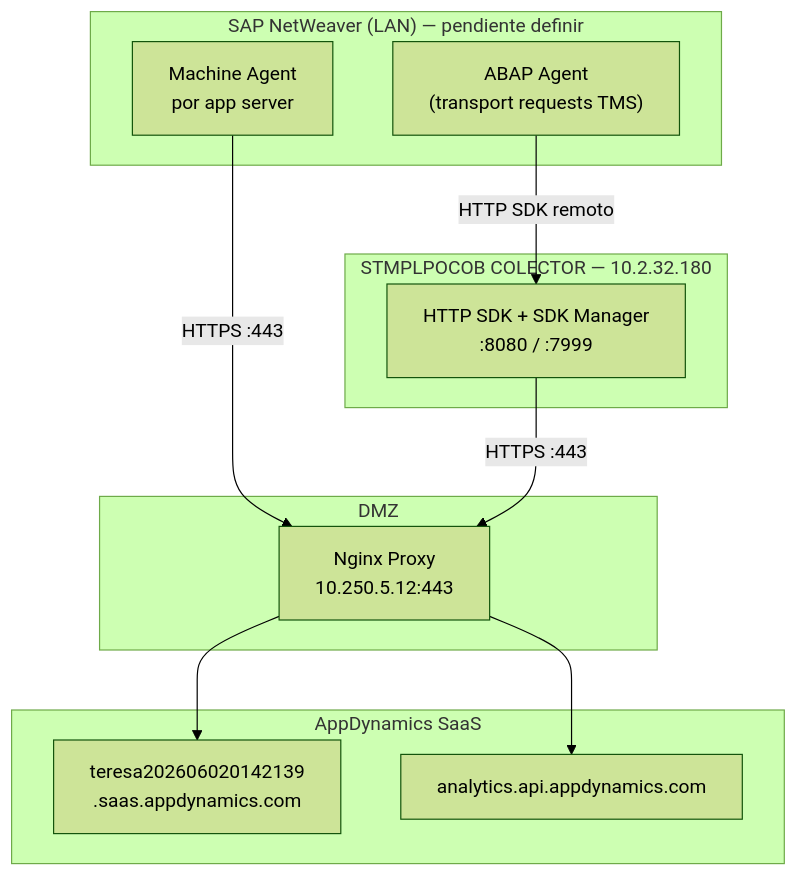
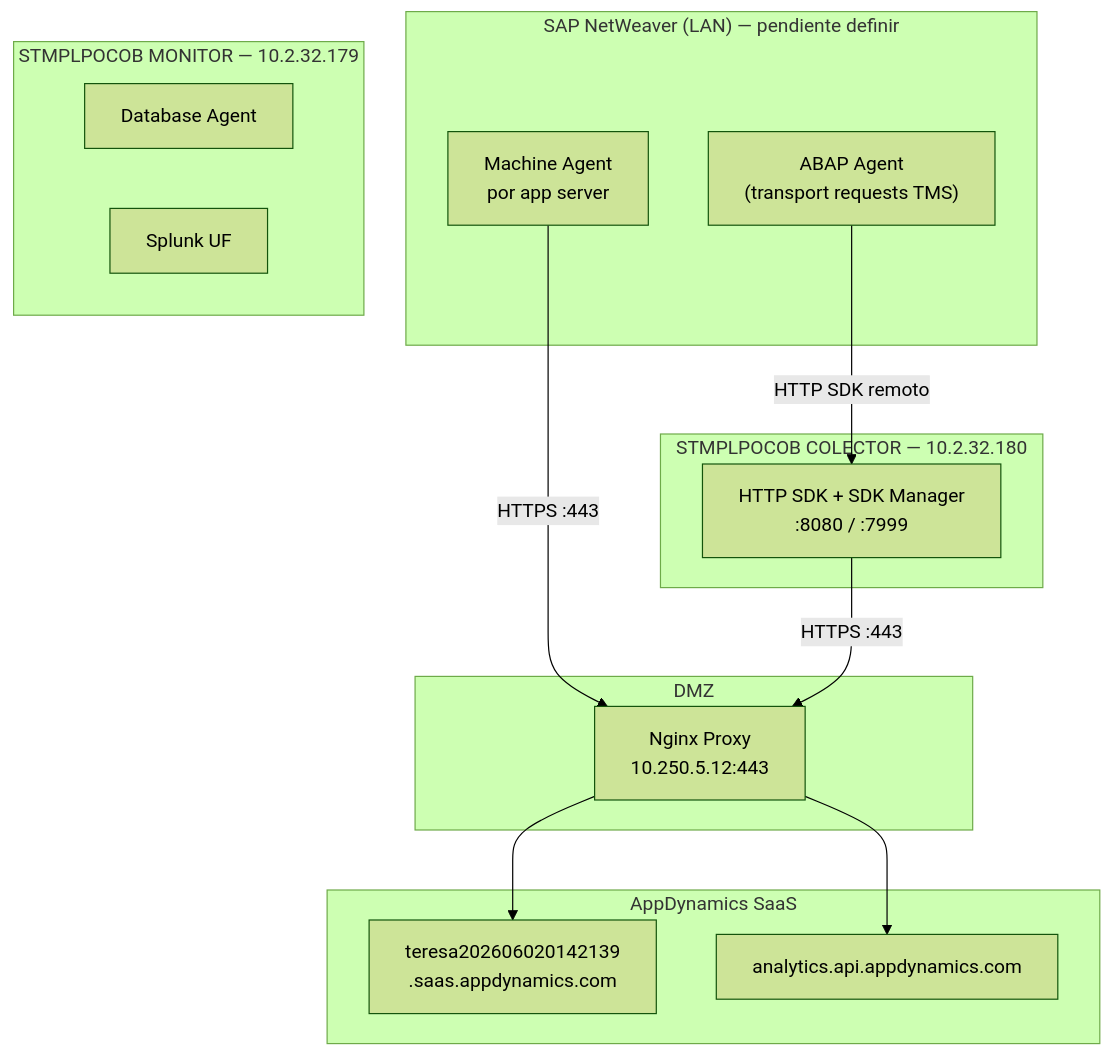
One commit to ulix1808/ICASA_Observability changed the diagram in docs/04-sap-monitoring/instalacion-completa.md. Above: the diagram before and after it, drawn with Mermaid (forest theme). The commit also changed other lines of this file and 10 other files, not shown here.

````diff
--- a/docs/04-sap-monitoring/instalacion-completa.md
+++ b/docs/04-sap-monitoring/instalacion-completa.md
@@ -7,26 +7,31 @@
 ```mermaid
 flowchart TB
     subgraph SAP["SAP NetWeaver (LAN) — pendiente definir"]
         ABAP["ABAP Agent<br/>(transport requests TMS)"]
         MASAP["Machine Agent<br/>por app server"]
     end
 
     subgraph COL["STMPLPOCOB COLECTOR — 10.2.32.180"]
         SDK["HTTP SDK + SDK Manager<br/>:8080 / :7999"]
+    end
+
+    subgraph MON["STMPLPOCOB MONITOR — 10.2.32.179"]
+        DB["Database Agent"]
+        UF["Splunk UF"]
     end
 
     subgraph DMZ["DMZ"]
         PROXY["Nginx Proxy<br/>10.250.5.12:443"]
     end
 
     subgraph CLOUD["AppDynamics SaaS"]
         CTRL["teresa202606020142139<br/>.saas.appdynamics.com"]
         ANA["analytics.api.appdynamics.com"]
     end
 
     ABAP -->|"HTTP SDK remoto"| SDK
     MASAP -->|"HTTPS :443"| PROXY
     SDK -->|"HTTPS :443"| PROXY
     PROXY --> CTRL
     PROXY --> ANA
 ```
````
